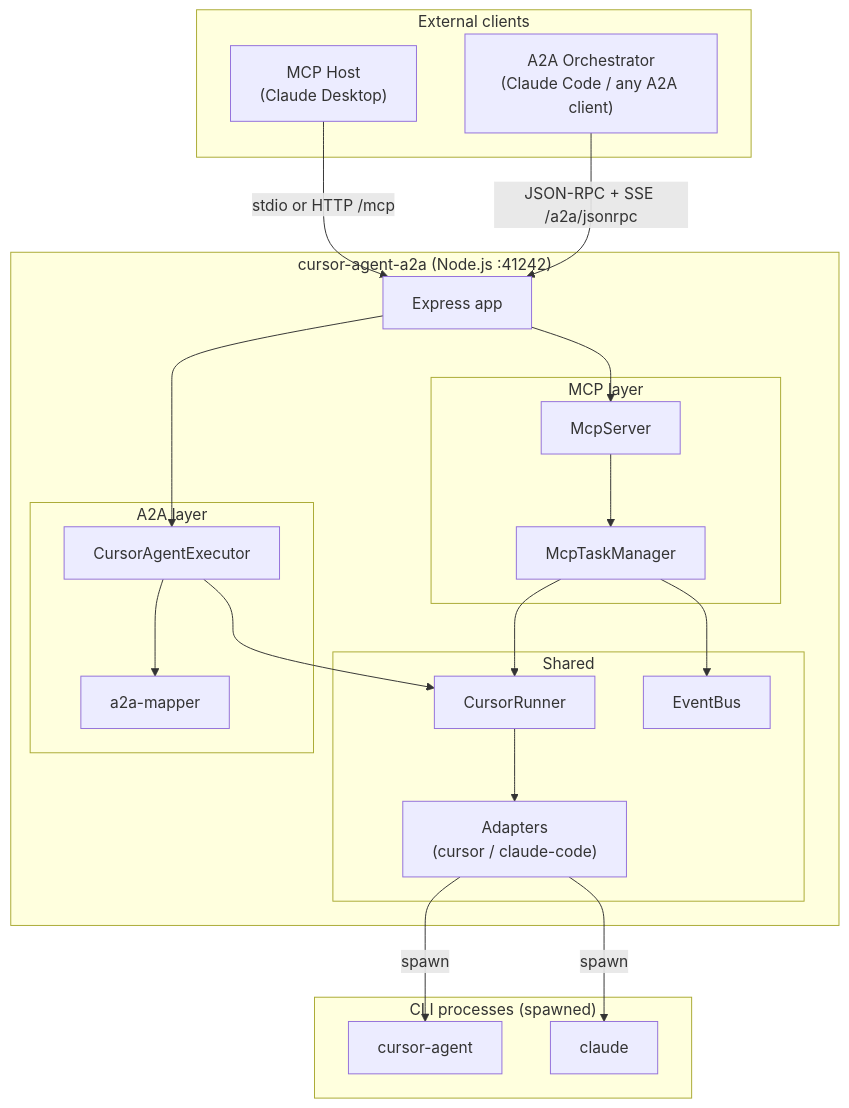
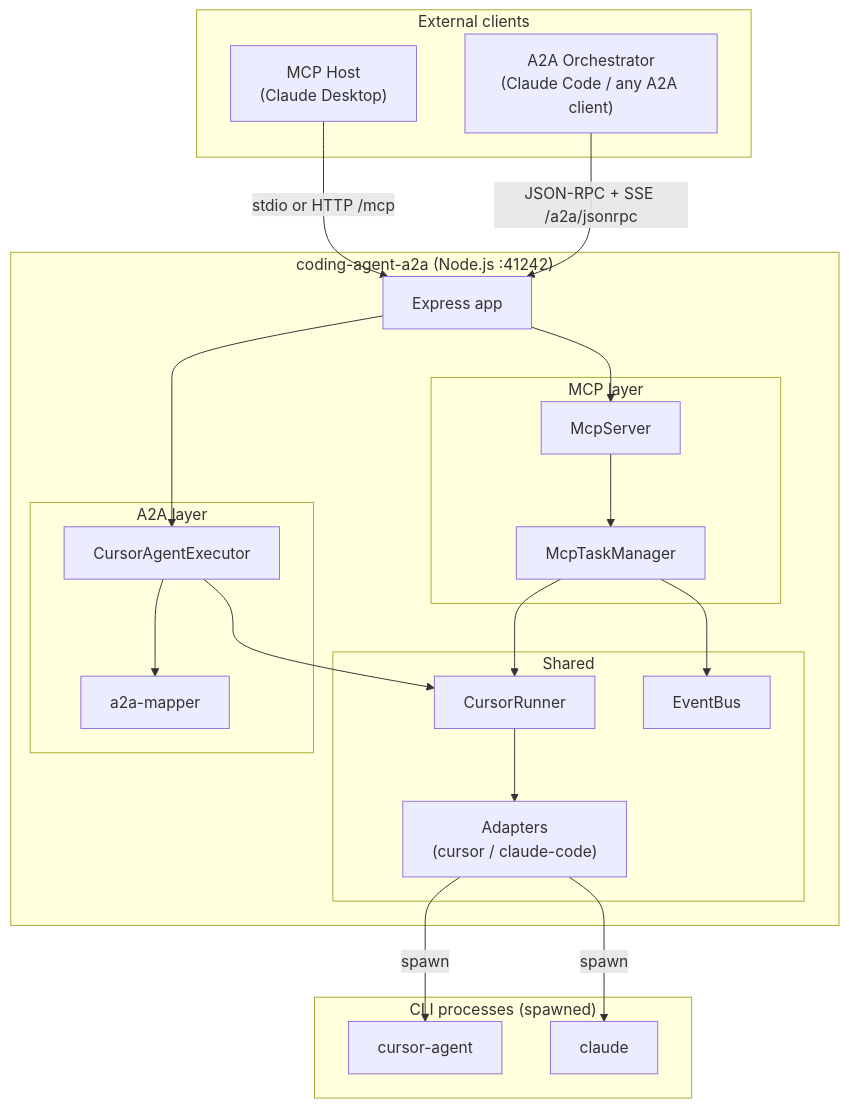
Before and after one commit to casabre/coding-agent-a2a: the first of 8 diagrams in docs/architecture.md, drawn with Mermaid. The commit also changed other lines of this file and 8 other files, not shown here.

First line of the commit message:
docs: rename project from cursor-agent-a2a to coding-agent-a2a

````diff
--- a/docs/architecture.md
+++ b/docs/architecture.md
@@ -25,45 +25,45 @@
 ```mermaid
 graph TB
     subgraph Clients["External clients"]
         MCPHost["MCP Host\n(Claude Desktop)"]
         A2AClient["A2A Orchestrator\n(Claude Code / any A2A client)"]
     end
 
-    subgraph Server["cursor-agent-a2a  (Node.js :41242)"]
+    subgraph Server["coding-agent-a2a  (Node.js :41242)"]
         Express["Express app"]
 
         subgraph A2ALayer["A2A layer"]
             Executor["CursorAgentExecutor"]
             Mapper["a2a-mapper"]
         end
 
         subgraph MCPLayer["MCP layer"]
             MCPSrv["McpServer"]
             TaskMgr["McpTaskManager"]
         end
 
         subgraph SharedLayer["Shared"]
             Runner["CursorRunner"]
             Adapters["Adapters\n(cursor / claude-code)"]
             EvBus["EventBus"]
         end
     end
 
     subgraph CLIs["CLI processes (spawned)"]
         CursorCLI["cursor-agent"]
         ClaudeCLI["claude"]
     end
 
     MCPHost  -->|"stdio or HTTP /mcp"| Express
     A2AClient -->|"JSON-RPC + SSE /a2a/jsonrpc"| Express
     Express --> Executor
     Express --> MCPSrv
     Executor --> Mapper
     Executor --> Runner
     MCPSrv  --> TaskMgr
     TaskMgr --> Runner
     TaskMgr --> EvBus
     Runner  --> Adapters
     Adapters -->|spawn| CursorCLI
     Adapters -->|spawn| ClaudeCLI
 ```
````
